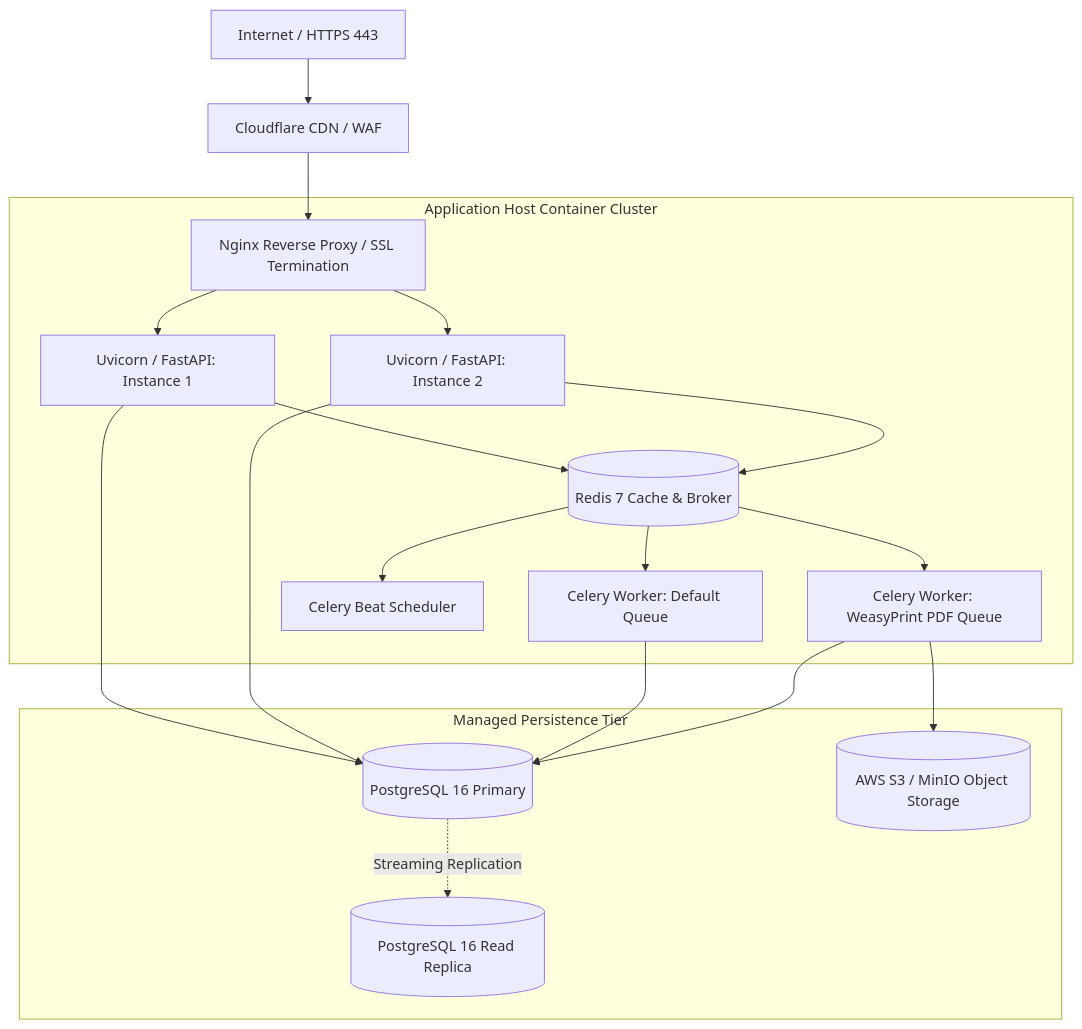
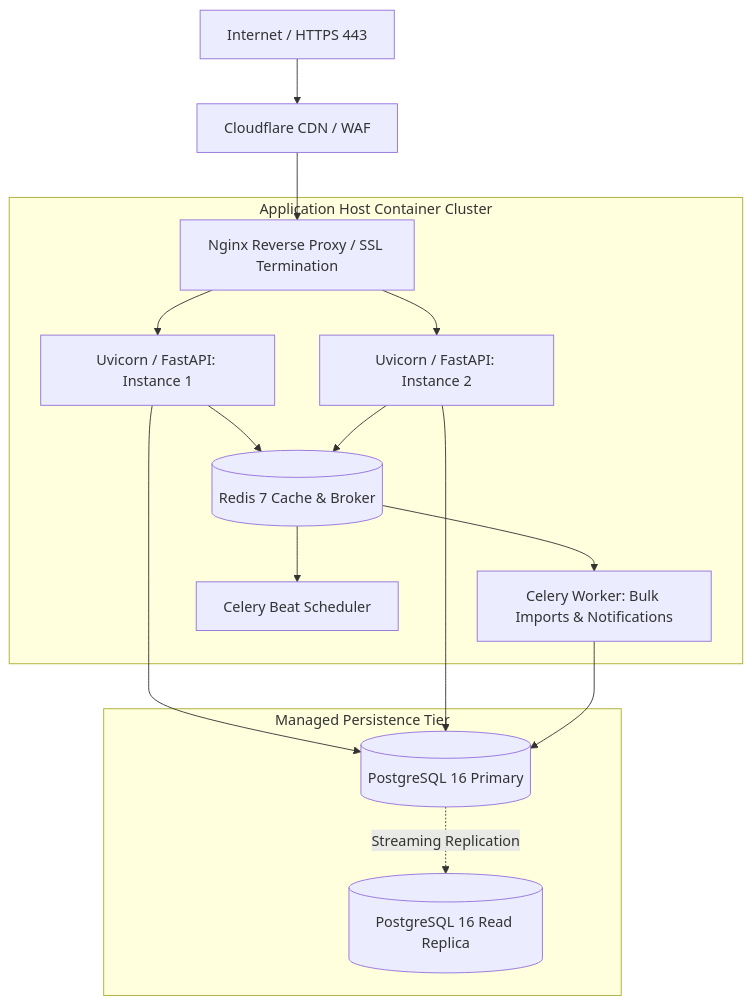
One commit to Dev-Eyitayo/Student-Portal changed the tenth of 11 diagrams in ARCHITECTURE.md. Above: the diagram before and after it, drawn with Mermaid. The commit also changed other lines of this file and 27 other files, not shown here.

Commit message:
feat: complete Phase 1 foundation scaffolding with tests and updated architecture decisions

````diff
--- a/ARCHITECTURE.md
+++ b/ARCHITECTURE.md
@@ -1638,24 +1663,21 @@
 ```mermaid
 graph TD
     UserTraffic[Internet / HTTPS 443] --> CF[Cloudflare CDN / WAF]
     CF --> LB[Nginx Reverse Proxy / SSL Termination]
 
     subgraph AppHost [Application Host Container Cluster]
         LB --> Web1[Uvicorn / FastAPI: Instance 1]
         LB --> Web2[Uvicorn / FastAPI: Instance 2]
         Web1 --> Redis[(Redis 7 Cache & Broker)]
         Web2 --> Redis
-        Redis --> CeleryDefault[Celery Worker: Default Queue]
-        Redis --> CeleryPDF[Celery Worker: WeasyPrint PDF Queue]
+        Redis --> CeleryDefault[Celery Worker: Bulk Imports & Notifications]
         Redis --> CeleryBeat[Celery Beat Scheduler]
     end
 
     subgraph DataHost [Managed Persistence Tier]
         Web1 --> PG[(PostgreSQL 16 Primary)]
         Web2 --> PG
         CeleryDefault --> PG
-        CeleryPDF --> PG
         PG -. Streaming Replication .-> PGReplica[(PostgreSQL 16 Read Replica)]
-        CeleryPDF --> S3[(AWS S3 / MinIO Object Storage)]
     end
 ```
````
